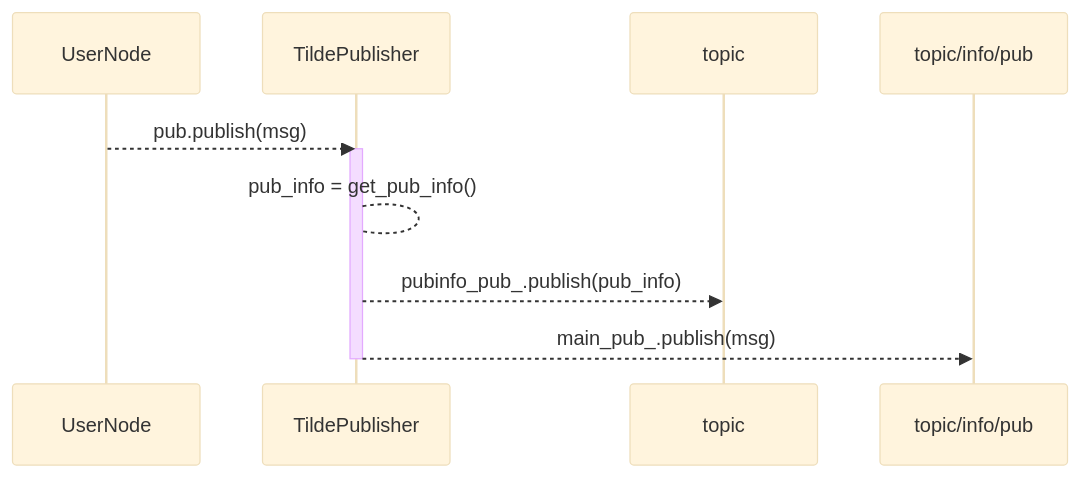
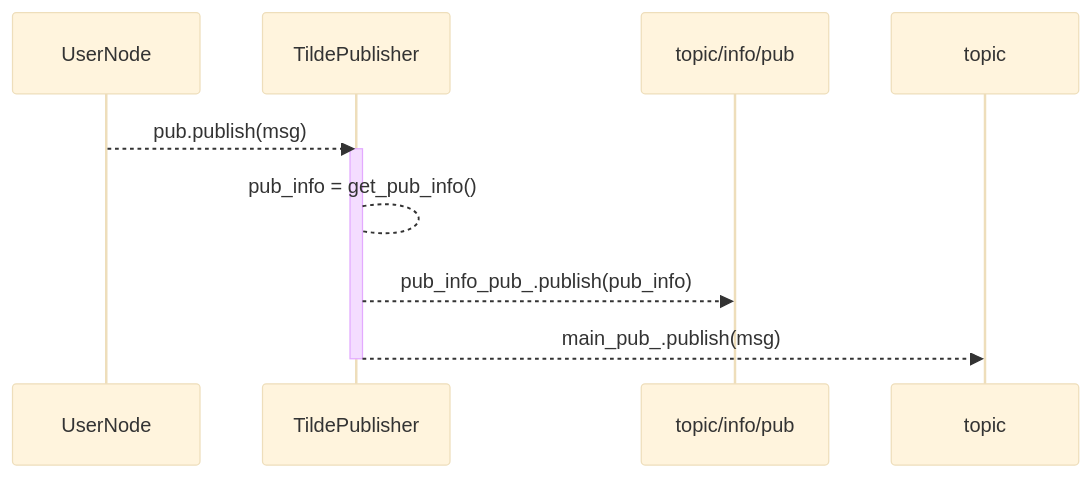
One commit to tier4/TILDE changed the seventh of 7 diagrams in doc/mechanism.md. Above: the diagram before and after it, drawn with Mermaid (base theme). The commit also changed other lines of this file, not shown here.

Commit message:
Fix publish sequence

````diff
--- a/doc/mechanism.md
+++ b/doc/mechanism.md
@@ -277,10 +277,10 @@
 ```mermaid
 sequenceDiagram
     UserNode-->>TildePublisher: pub.publish(msg)
     activate TildePublisher
     TildePublisher-->TildePublisher: pub_info = get_pub_info()
-    TildePublisher-->>topic: pubinfo_pub_.publish(pub_info);
 
-    TildePublisher-->>topic/info/pub: main_pub_.publish(msg)
+    TildePublisher-->>topic/info/pub: pub_info_pub_.publish(pub_info)
+    TildePublisher-->>topic: main_pub_.publish(msg);
     deactivate TildePublisher
 ```
````
